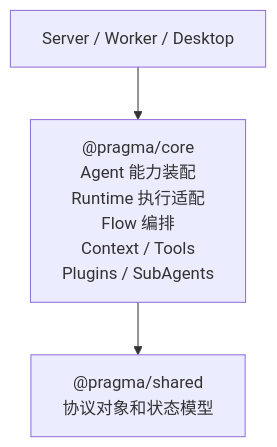
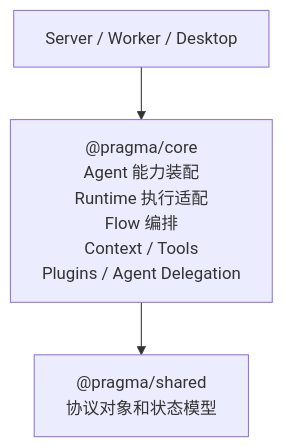
The first of 18 diagrams in docs/architecture/agent-core-architecture.md (pqpo/pragma), drawn with Mermaid before and after one commit. The commit also changed other lines of this file and 43 other files, not shown here.

Commit message:
refactor runtime and memory architecture

````diff
--- a/docs/architecture/agent-core-architecture.md
+++ b/docs/architecture/agent-core-architecture.md
@@ -15,8 +15,8 @@
 ```mermaid
 flowchart TB
   app["Server / Worker / Desktop"]
-  core["@pragma/core<br/>Agent 能力装配<br/>Runtime 执行适配<br/>Flow 编排<br/>Context / Tools<br/>Plugins / SubAgents"]
+  core["@pragma/core<br/>Agent 能力装配<br/>Runtime 执行适配<br/>Flow 编排<br/>Context / Tools<br/>Plugins / Agent Delegation"]
   shared["@pragma/shared<br/>协议对象和状态模型"]
 
   app --> core --> shared
 ```
````
